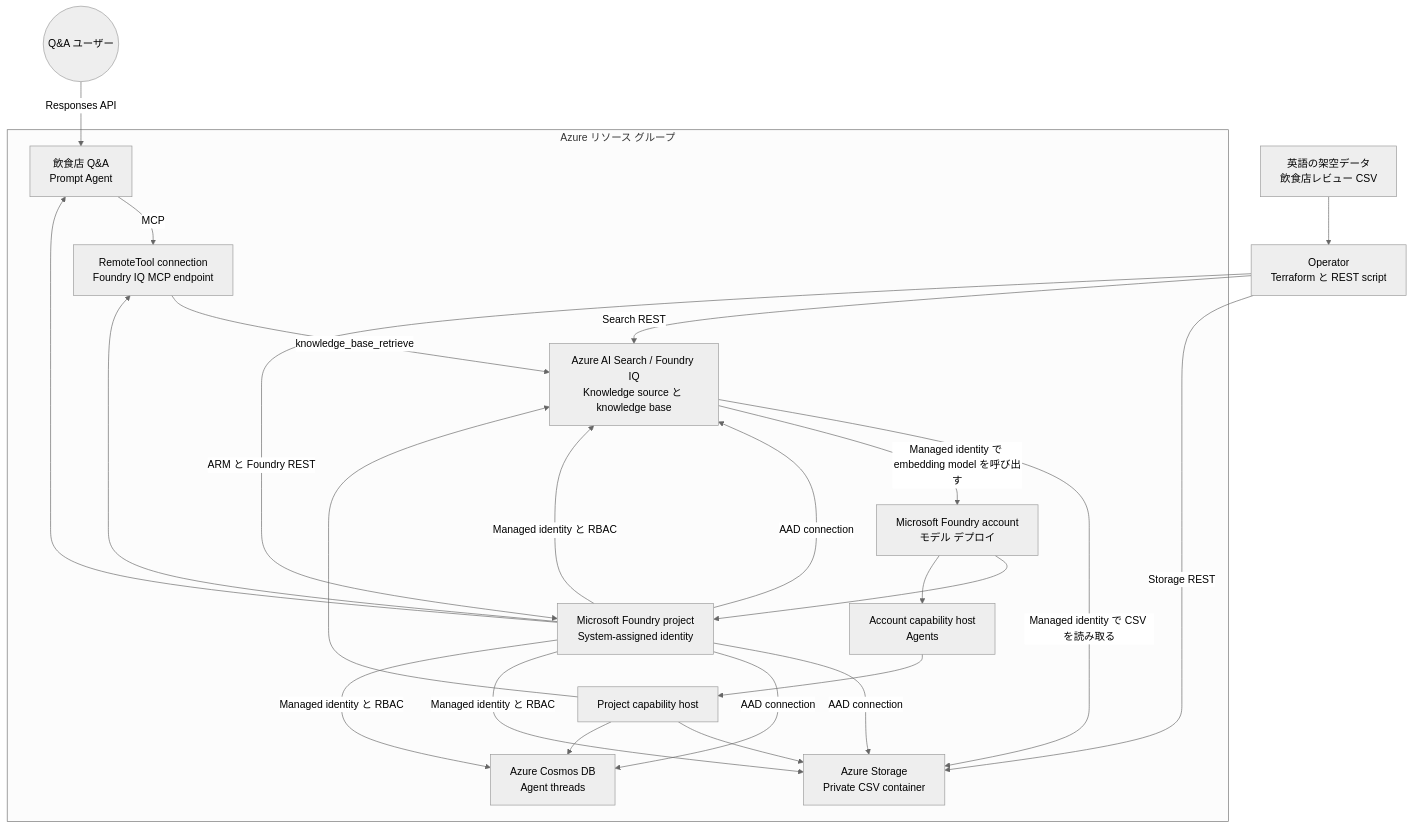
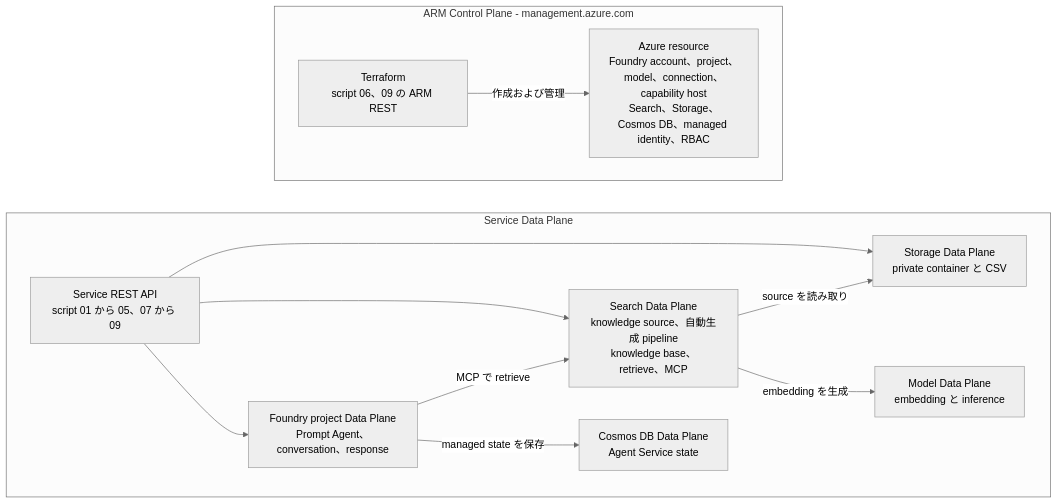
One commit to ks6088ts/template-terraform changed the first of 3 diagrams in infra/scenarios/azure_microsoft_foundry/README.ja.md. Above: the diagram before and after it, drawn with Mermaid (neutral theme). The commit also changed other lines of this file and 2 other files, not shown here.

Commit message:
Enhance README for Azure Microsoft Foundry scenario: clarify standard agent setup, deployment flow, and service constraints; improve architecture diagrams and deployment instructions; add troubleshooting and references sections.

````diff
--- a/infra/scenarios/azure_microsoft_foundry/README.ja.md
+++ b/infra/scenarios/azure_microsoft_foundry/README.ja.md
@@ -15,41 +76,29 @@
 ```mermaid
 flowchart TB
-    User((Q&A ユーザー))
-    Operator["Operator<br/>Terraform と REST script"]
-    CSV["英語の架空データ<br/>飲食店レビュー CSV"]
-
-    subgraph Azure["Azure リソース グループ"]
-        Account["Microsoft Foundry account<br/>モデル デプロイ"]
-        Project["Microsoft Foundry project<br/>System-assigned identity"]
-        Agent["飲食店 Q&A<br/>Prompt Agent"]
-        RemoteTool["RemoteTool connection<br/>Foundry IQ MCP endpoint"]
-        AccountHost["Account capability host<br/>Agents"]
-        ProjectHost["Project capability host"]
-        Search["Azure AI Search / Foundry IQ<br/>Knowledge source と knowledge base"]
-        Storage["Azure Storage<br/>Private CSV container"]
-        Cosmos["Azure Cosmos DB<br/>Agent threads"]
+        subgraph ControlPlane["ARM Control Plane - management.azure.com"]
+        direction LR
+                ControlClients["Terraform<br/>script 06、09 の ARM REST"]
+                ArmObjects["Azure resource<br/>Foundry account、project、model、connection、capability host<br/>Search、Storage、Cosmos DB、managed identity、RBAC"]
+                ControlClients -->|"作成および管理"| ArmObjects
     end
 
-    CSV --> Operator
-    Operator -->|Storage REST| Storage
-    Operator -->|Search REST| Search
-    Operator -->|ARM と Foundry REST| Project
-    Account --> Project
-    Account --> AccountHost --> ProjectHost
-    Project --> Agent
-    Project --> RemoteTool
-    User -->|Responses API| Agent
-    Agent -->|MCP| RemoteTool
-    RemoteTool -->|knowledge_base_retrieve| Search
-    Search -->|Managed identity で CSV を読み取る| Storage
-    Search -->|Managed identity で embedding model を呼び出す| Account
-    Project -->|AAD connection| Search
-    Project -->|AAD connection| Storage
-    Project -->|AAD connection| Cosmos
-    Project -->|Managed identity と RBAC| Search
-    Project -->|Managed identity と RBAC| Storage
-    Project -->|Managed identity と RBAC| Cosmos
-    ProjectHost --> Search
-    ProjectHost --> Storage
-    ProjectHost --> Cosmos
+        subgraph DataPlanes["Service Data Plane"]
+        direction LR
+                DataClients["Service REST API<br/>script 01 から 05、07 から 09"]
+                StorageData["Storage Data Plane<br/>private container と CSV"]
+                SearchData["Search Data Plane<br/>knowledge source、自動生成 pipeline<br/>knowledge base、retrieve、MCP"]
+                FoundryData["Foundry project Data Plane<br/>Prompt Agent、conversation、response"]
+                ModelData["Model Data Plane<br/>embedding と inference"]
+                CosmosData["Cosmos DB Data Plane<br/>Agent Service state"]
+                DataClients --> StorageData
+                DataClients --> SearchData
+                DataClients --> FoundryData
+                FoundryData -->|"MCP で retrieve"| SearchData
+                FoundryData -->|"managed state を保存"| CosmosData
+                SearchData -->|"source を読み取り"| StorageData
+                SearchData -->|"embedding を生成"| ModelData
+    end
+
+        %% API call を意味せず、management を runtime より上に固定します。
+        ArmObjects ~~~ DataClients
 ```
````
